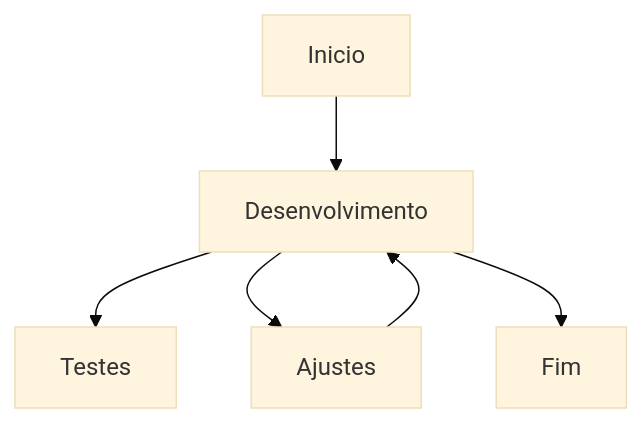
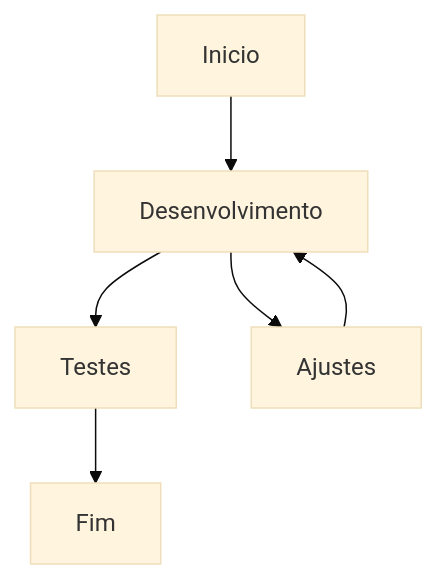
Before and after one commit to sirperecin/Desenvolvimento-Web: the diagram in MarkdownsRules.md, drawn with Mermaid (base theme).

````diff
--- a/MarkdownsRules.md
+++ b/MarkdownsRules.md
@@ -94,8 +94,8 @@
 ```mermaid
 graph TD;
   Inicio-->Desenvolvimento;
   Desenvolvimento-->Testes;
   Desenvolvimento-->Ajustes;
-  Desenvolvimento-->Fim;
-  Ajustes--> Desenvolvimento
+  Ajustes-->Desenvolvimento;
+  Testes--> Fim;
 ```
````
